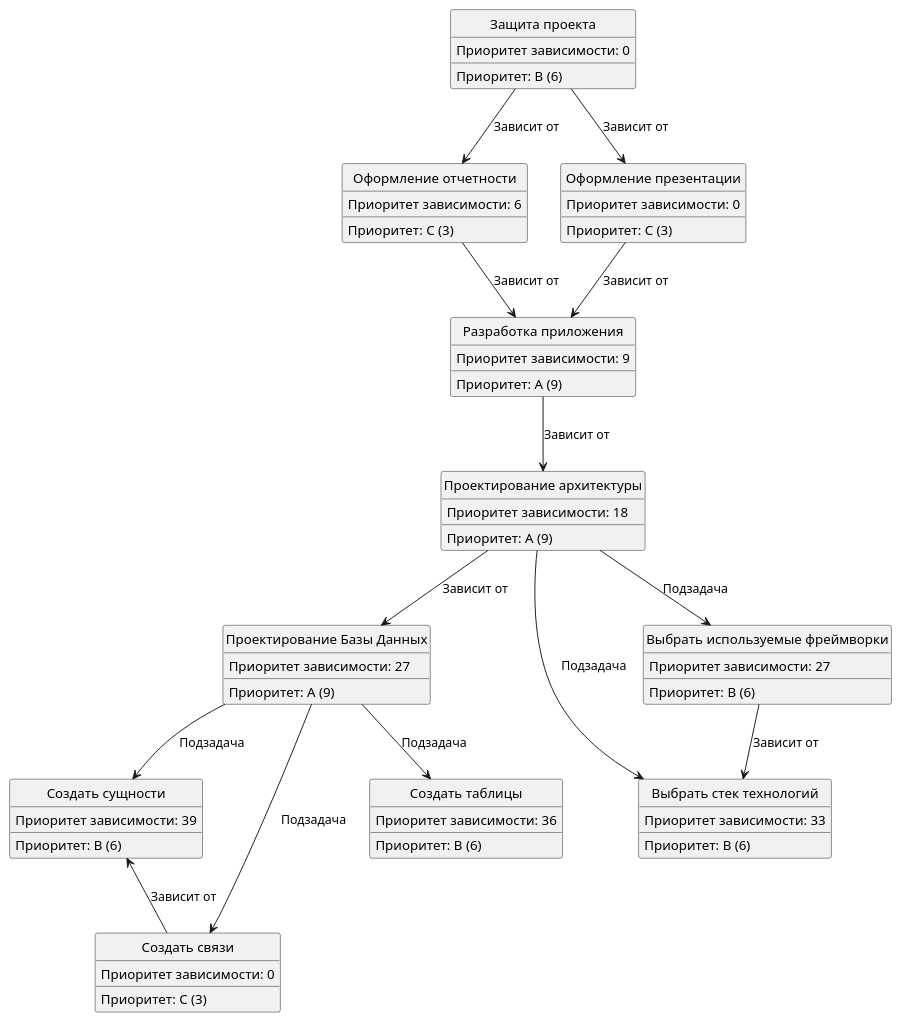
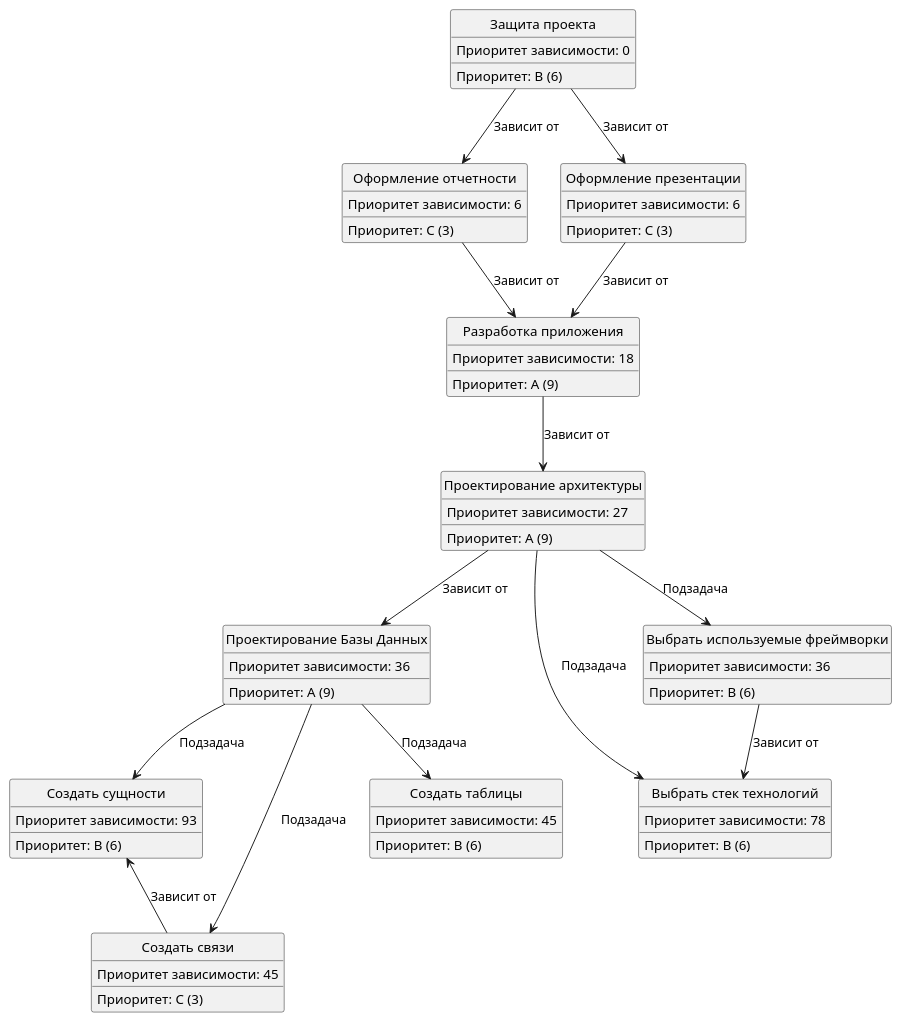
One commit to seljmov/stook changed the diagram in docs/task_priority_schema.puml. Above: the diagram before and after it, drawn with PlantUML. The commit also changed 3 other files, not shown here.

```diff
--- a/docs/task_priority_schema.puml
+++ b/docs/task_priority_schema.puml
@@ -1,86 +1,86 @@
 @startuml TaskPrioritySchema
 
 'left to right direction
 
 hide circle
 hide empty members
 
 class "Проектирование Базы Данных" as DB {
     Приоритет: A (9)
-    Приоритет зависимости: 27
+    Приоритет зависимости: 36
 }
 
 class "Создать связи" as Relations {
     Приоритет: C (3)
-    Приоритет зависимости: 0
+    Приоритет зависимости: 45
 }
 
 class "Создать сущности" as Entities {
     Приоритет: B (6)
-    Приоритет зависимости: 39
+    Приоритет зависимости: 93
 }
 
 class "Создать таблицы" as Tables {
     Приоритет: B (6)
-    Приоритет зависимости: 36
+    Приоритет зависимости: 45
 }
 
 class "Проектирование архитектуры" as Architecture {
     Приоритет: A (9)
-    Приоритет зависимости: 18
+    Приоритет зависимости: 27
 }
 
 class "Выбрать стек технологий" as TechStack {
     Приоритет: B (6)
-    Приоритет зависимости: 33
+    Приоритет зависимости: 78
 }
 
 class "Выбрать используемые фреймворки" as Frameworks {
     Приоритет: B (6)
-    Приоритет зависимости: 27
+    Приоритет зависимости: 36
 }
 
 class "Разработка приложения" as Development {
     Приоритет: A (9)
-    Приоритет зависимости: 9
+    Приоритет зависимости: 18
 }
 
 class "Оформление отчетности" as Reporting {
     Приоритет: C (3)
     Приоритет зависимости: 6
 }
 
 class "Оформление презентации" as Presentation {
     Приоритет: C (3)
-    Приоритет зависимости: 0
+    Приоритет зависимости: 6
 }
 
 class "Защита проекта" as Protection {
     Приоритет: B (6)
     Приоритет зависимости: 0
 }
 
 DB --> Entities : Подзадача
 DB --> Tables : Подзадача
 DB --> Relations : Подзадача
 
 Relations -u-> Entities : Зависит от
 
 Architecture --> TechStack : Подзадача
 Architecture --> Frameworks : Подзадача
 
 Frameworks --> TechStack : Зависит от
 
 Architecture --> DB : Зависит от
 
 Development --> Architecture : Зависит от
 
 Protection --> Reporting : Зависит от
 Protection --> Presentation : Зависит от
 
 Reporting --> Development : Зависит от
 Presentation --> Development : Зависит от
 
 
 
 @enduml
```
